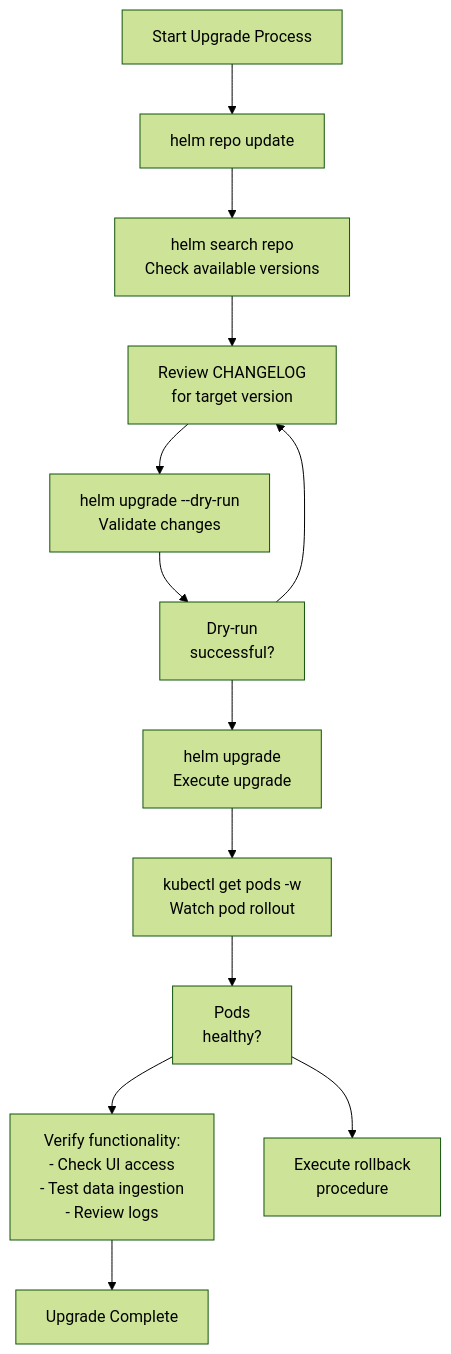
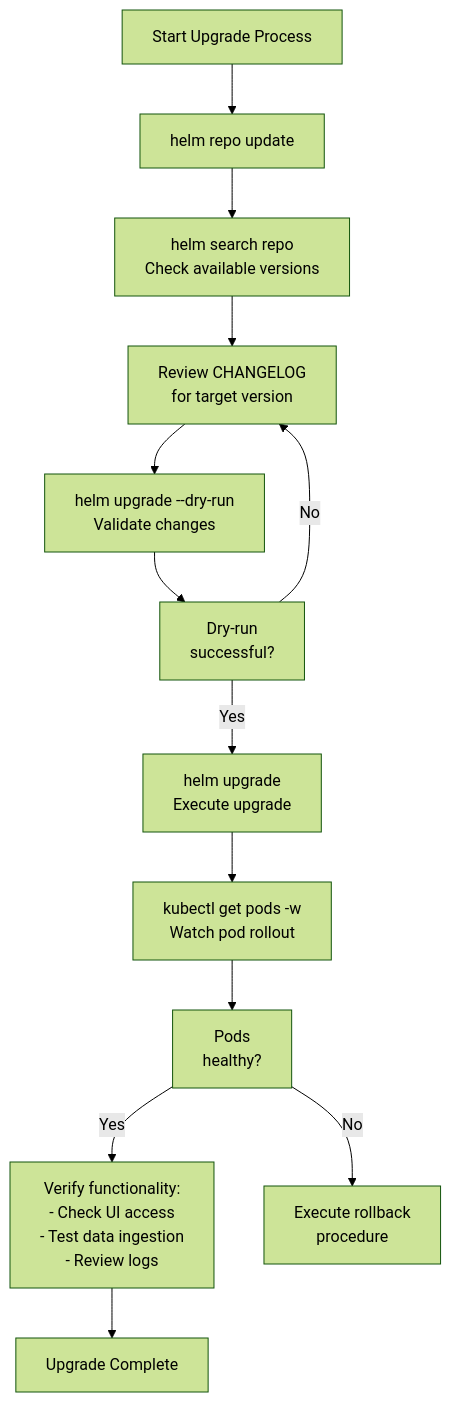
Before and after one commit to openchoreo/openchoreo: the second of 4 diagrams in docs/hyperdxio-helm-charts-docs/Upgrading.md, drawn with Mermaid (forest theme). The commit also changed other lines of this file and 85 other files, not shown here.

Commit message:
feat: Add new workflow and specification templates, update Helm chart dependencies, and clarify documentation diagrams.

````diff
--- a/docs/hyperdxio-helm-charts-docs/Upgrading.md
+++ b/docs/hyperdxio-helm-charts-docs/Upgrading.md
@@ -197,29 +197,29 @@
 ```mermaid
 flowchart TD
 
 Start["Start Upgrade Process"]
 Update["helm repo update"]
 Check["helm search repo<br>Check available versions"]
 Review["Review CHANGELOG<br>for target version"]
 DryRun["helm upgrade --dry-run<br>Validate changes"]
 Decision["Dry-run<br>successful?"]
 Execute["helm upgrade<br>Execute upgrade"]
 Monitor["kubectl get pods -w<br>Watch pod rollout"]
 HealthCheck["Pods<br>healthy?"]
 Verify["Verify functionality:<br>- Check UI access<br>- Test data ingestion<br>- Review logs"]
 Complete["Upgrade Complete"]
 Rollback["Execute rollback<br>procedure"]
 
 Start --> Update
 Update --> Check
 Check --> Review
 Review --> DryRun
 DryRun --> Decision
-Decision --> Execute
-Decision --> Review
+Decision -->|"Yes"| Execute
+Decision -->|"No"| Review
 Execute --> Monitor
 Monitor --> HealthCheck
-HealthCheck --> Verify
-HealthCheck --> Rollback
+HealthCheck -->|"Yes"| Verify
+HealthCheck -->|"No"| Rollback
 Verify --> Complete
 ```
````
